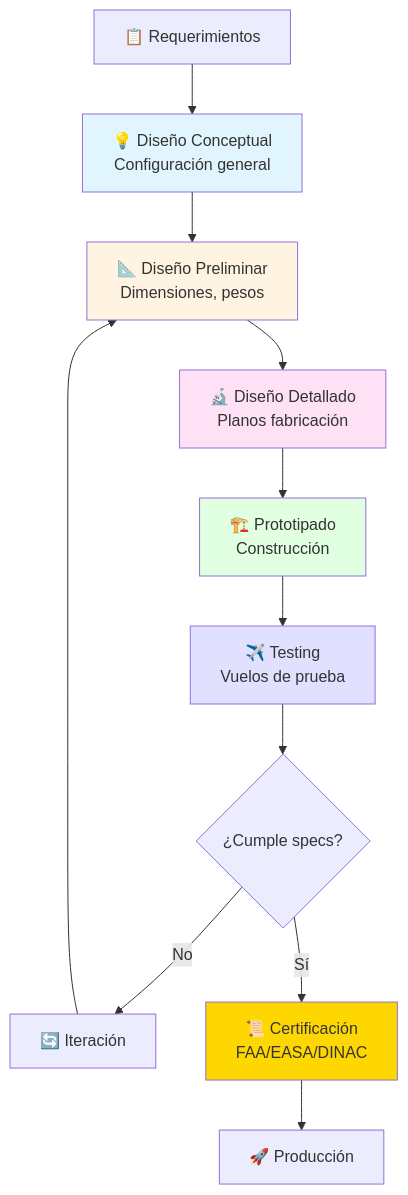
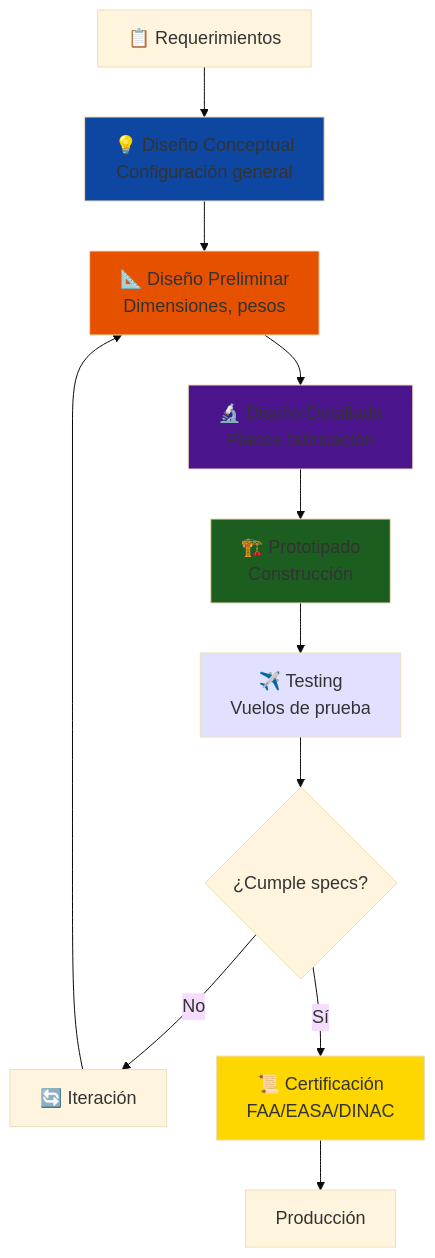
The second of 12 diagrams in courses/🟡-development/FPUNA-2026/03-INGENIERIA-AERONAUTICA/05-diseno-aeronaves.md (Ai-Whisperers/Courses-Content), drawn with Mermaid before and after one commit. The commit also changed other lines of this file and 47 other files, not shown here.

First line of the commit message:
fix: Make all 473 diagrams WCAG AAA accessible (FPUNA-2026)

````diff
--- a/courses/🟡-development/FPUNA-2026/03-INGENIERIA-AERONAUTICA/05-diseno-aeronaves.md
+++ b/courses/🟡-development/FPUNA-2026/03-INGENIERIA-AERONAUTICA/05-diseno-aeronaves.md
@@ -119,27 +120,28 @@
 ```mermaid
+%%{init: {'theme':'base', 'themeVariables': {'fontSize':'18px'}}}%%
 graph TD
     Start[📋 Requerimientos] --> A[💡 Diseño Conceptual<br/>Configuración general]
     
     A --> B[📐 Diseño Preliminar<br/>Dimensiones, pesos]
     
     B --> C[🔬 Diseño Detallado<br/>Planos fabricación]
     
     C --> D[🏗️ Prototipado<br/>Construcción]
     
     D --> E[✈️ Testing<br/>Vuelos de prueba]
     
     E --> F{¿Cumple specs?}
     F -->|No| G[🔄 Iteración]
     G --> B
     
     F -->|Sí| H[📜 Certificación<br/>FAA/EASA/DINAC]
     
-    H --> I[🚀 Producción]
+    H --> I[Producción]
     
-    style A fill:#E1F5FF
-    style B fill:#FFF4E1
-    style C fill:#FFE1F5
-    style D fill:#E1FFE1
+    style A fill:#0d47a1
+    style B fill:#e65100
+    style C fill:#4a148c
+    style D fill:#1b5e20
     style E fill:#E1E1FF
     style H fill:#FFD700
 ```
````
